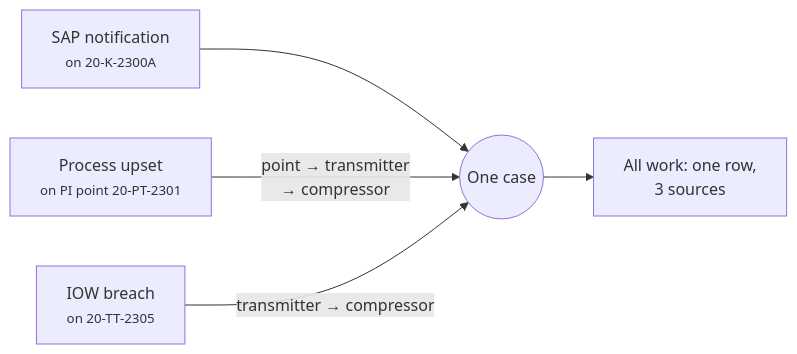
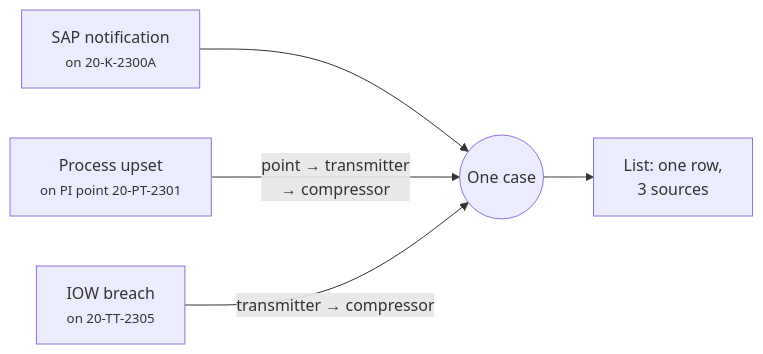
One commit to areed145/fuzer changed the second of 5 diagrams in docs/work-routing.md. Above: the diagram before and after it, drawn with Mermaid. The commit also changed other lines of this file and 12 other files, not shown here.

````diff
--- a/docs/work-routing.md
+++ b/docs/work-routing.md
@@ -75,7 +87,7 @@
 ```mermaid
 flowchart LR
   a["SAP notification<br><small>on 20-K-2300A</small>"] --> c(("One case"))
   b["Process upset<br><small>on PI point 20-PT-2301</small>"] -->|"point → transmitter<br>→ compressor"| c
   d["IOW breach<br><small>on 20-TT-2305</small>"] -->|"transmitter → compressor"| c
-  c --> row["All work: one row,<br>3 sources"]
+  c --> row["List: one row,<br>3 sources"]
 ```
````
